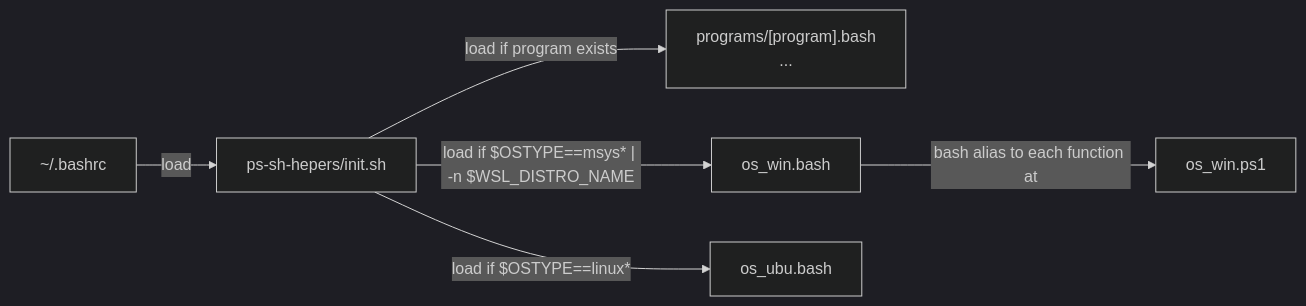
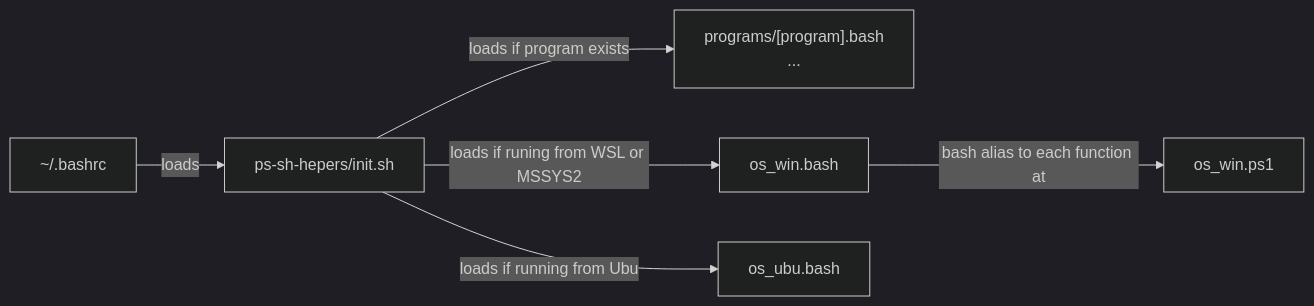
One commit to alanlivio/ps-sh-helpers changed the first of 2 diagrams in README.md. Above: the diagram before and after it, drawn with Mermaid. The commit also changed other lines of this file, not shown here.

````diff
--- a/README.md
+++ b/README.md
@@ -5,18 +5,18 @@
 ```mermaid
 %%{init: {'theme':'dark'}}%%
 flowchart LR
     bashrc["~/.bashrc"]
     init["ps-sh-hepers/init.sh"]
     oswinps1["os_win.ps1"]
     program-dependent["
         programs/[program].bash
         ...
     "]
     win["os_win.bash"]
     ubu["os_ubu.bash"]
-    bashrc --> |"load"| init
-    init --> |"load if program exists"| program-dependent
+    bashrc --> |"loads"| init
+    init --> |"loads if program exists"| program-dependent
     win --> |"bash alias to each function at"| oswinps1
-    init --> |"load if $OSTYPE==msys* | -n $WSL_DISTRO_NAME"| win
-    init --> |"load if $OSTYPE==linux*"| ubu
+    init --> |"loads if runing from WSL or MSSYS2"| win
+    init --> |"loads if running from Ubu"| ubu
 ```
````
